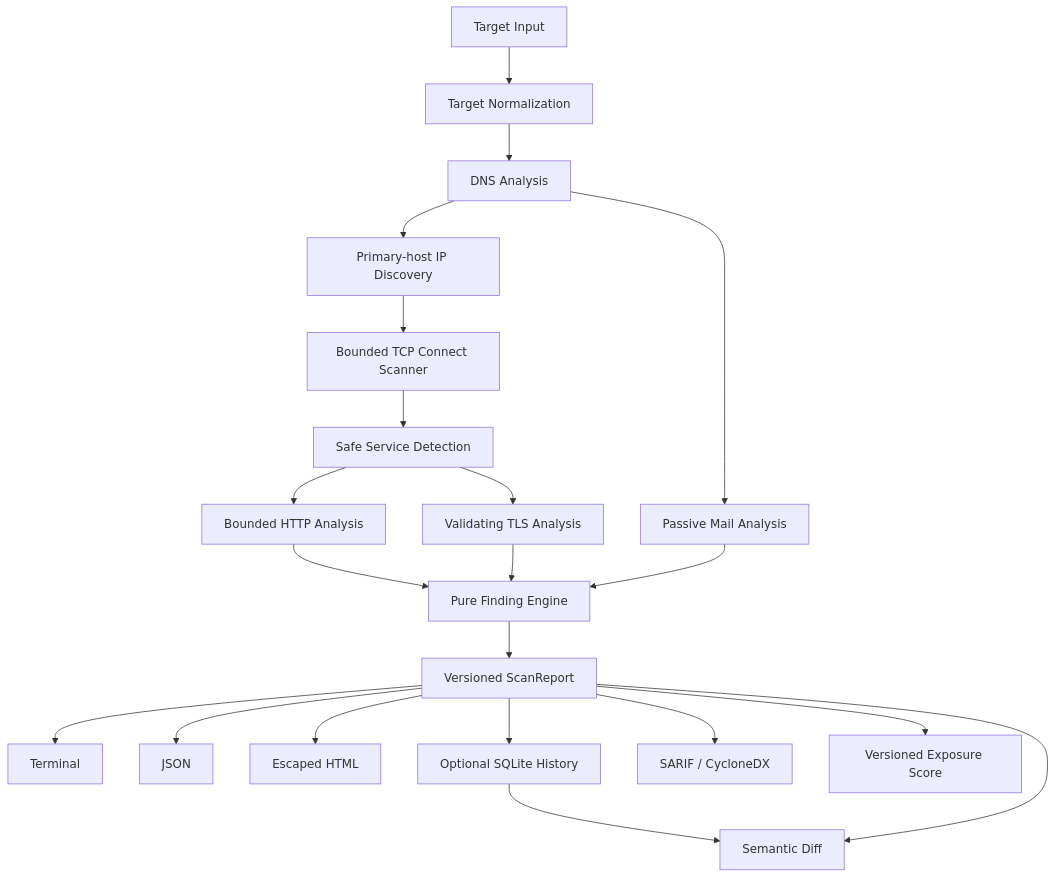
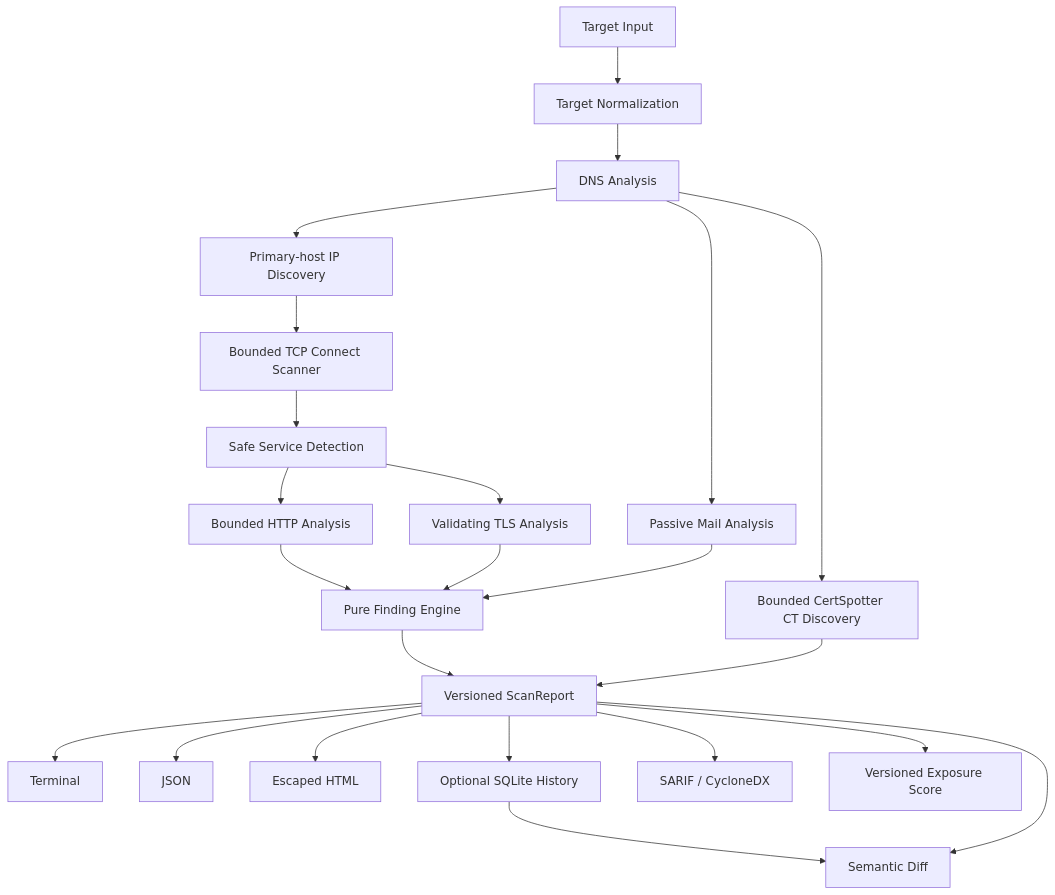
One commit to bxn-dev/surface changed the diagram in docs/architecture.md. Above: the diagram before and after it, drawn with Mermaid. The commit also changed other lines of this file and 7 other files, not shown here.

````diff
--- a/docs/architecture.md
+++ b/docs/architecture.md
@@ -3,23 +3,25 @@
 ```mermaid
 flowchart TD
     A[Target Input] --> B[Target Normalization]
     B --> C[DNS Analysis]
     C --> D[Primary-host IP Discovery]
     D --> E[Bounded TCP Connect Scanner]
     E --> F[Safe Service Detection]
     F --> G[Bounded HTTP Analysis]
     F --> H[Validating TLS Analysis]
     C --> I[Passive Mail Analysis]
+    C --> S[Bounded CertSpotter CT Discovery]
     G --> J[Pure Finding Engine]
     H --> J
     I --> J
     J --> K[Versioned ScanReport]
+    S --> K
     K --> L[Terminal]
     K --> M[JSON]
     K --> N[Escaped HTML]
     K --> O[Optional SQLite History]
     K --> P[SARIF / CycloneDX]
     K --> Q[Versioned Exposure Score]
     O --> R[Semantic Diff]
     K --> R
 ```
````
